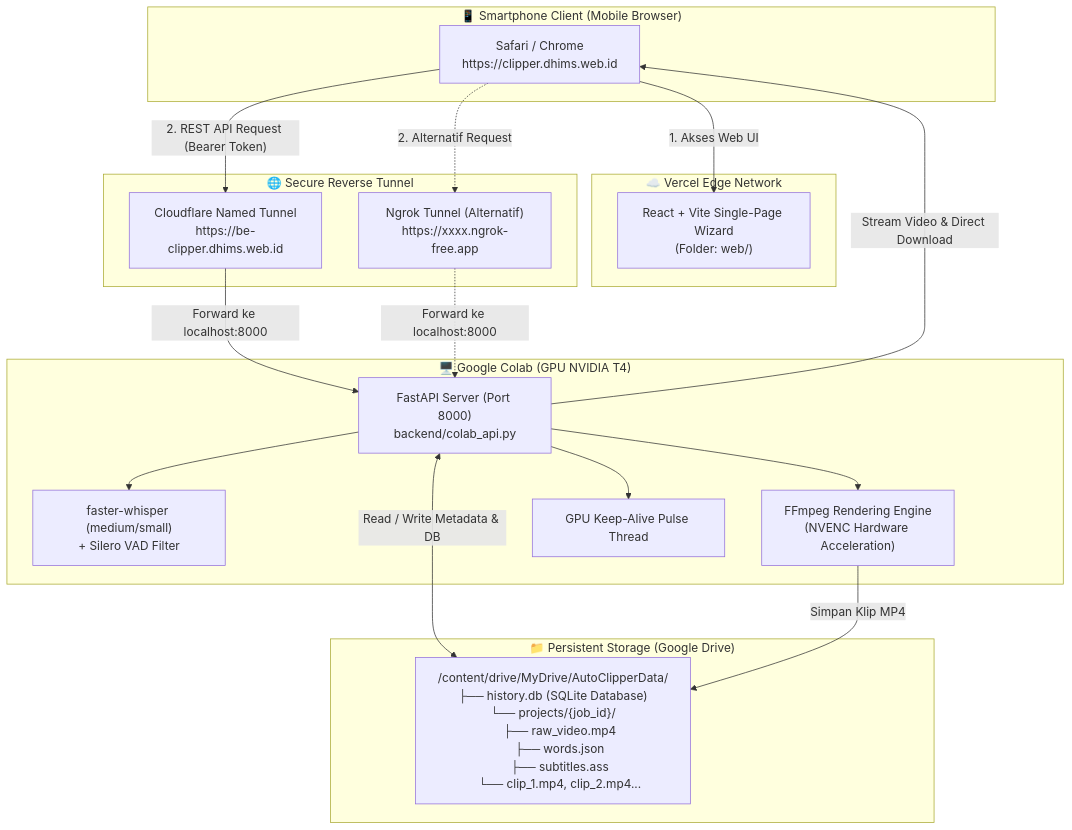
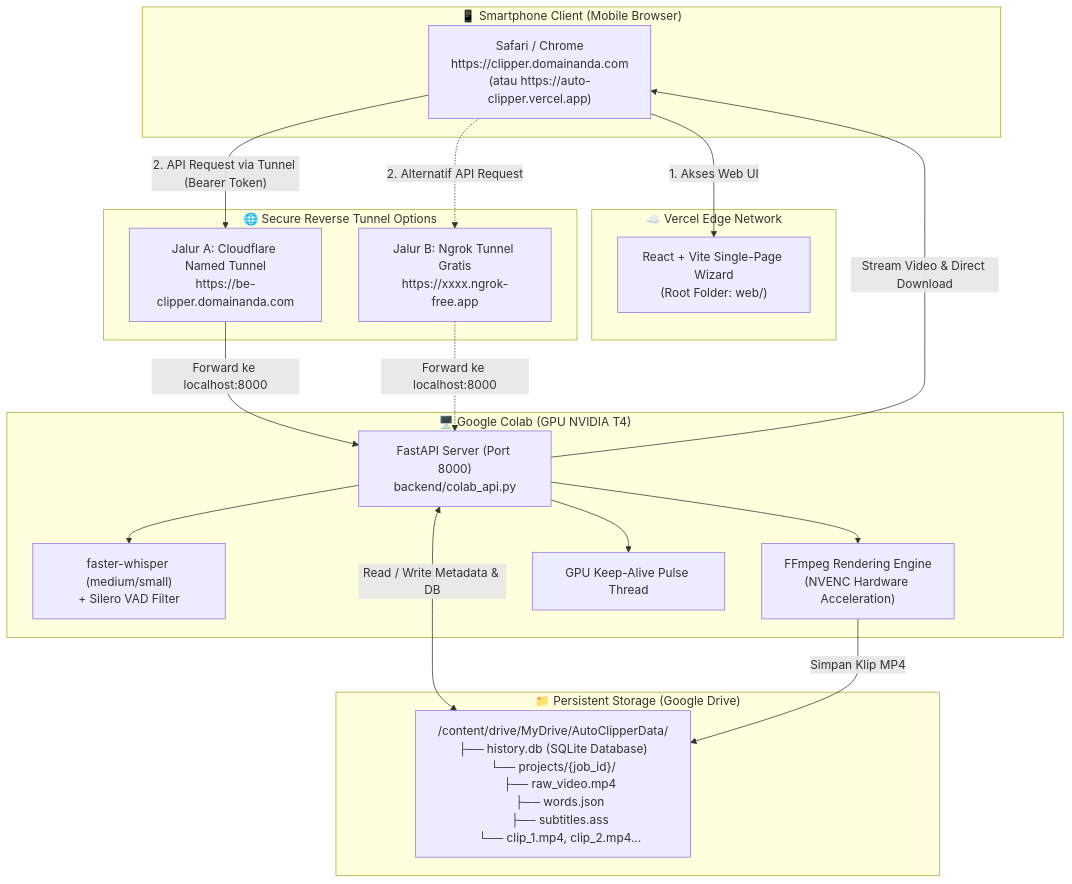
One commit to DhimasPH/auto-clipper changed the first of 2 diagrams in docs/tutorial-auto-clipper-cloud.md. Above: the diagram before and after it, drawn with Mermaid. The commit also changed other lines of this file and 1 other file, not shown here.

Commit message:
docs: revise cloud tutorial to be 100% self-hosted with custom domain or ngrok free options

````diff
--- a/docs/tutorial-auto-clipper-cloud.md
+++ b/docs/tutorial-auto-clipper-cloud.md
@@ -48,38 +55,38 @@
 ```mermaid
 graph TD
     subgraph Client["📱 Smartphone Client (Mobile Browser)"]
-        Browser["Safari / Chrome<br/>https://clipper.dhims.web.id"]
+        BrowserA["Safari / Chrome<br/>https://clipper.domainanda.com<br/>(atau https://auto-clipper.vercel.app)"]
     end
 
     subgraph Hosting["☁️ Vercel Edge Network"]
-        Vercel["React + Vite Single-Page Wizard<br/>(Folder: web/)"]
+        Vercel["React + Vite Single-Page Wizard<br/>(Root Folder: web/)"]
     end
 
-    subgraph Tunneling["🌐 Secure Reverse Tunnel"]
-        CFTunnel["Cloudflare Named Tunnel<br/>https://be-clipper.dhims.web.id"]
-        NgrokTunnel["Ngrok Tunnel (Alternatif)<br/>https://xxxx.ngrok-free.app"]
+    subgraph Tunneling["🌐 Secure Reverse Tunnel Options"]
+        CFTunnel["Jalur A: Cloudflare Named Tunnel<br/>https://be-clipper.domainanda.com"]
+        NgrokTunnel["Jalur B: Ngrok Tunnel Gratis<br/>https://xxxx.ngrok-free.app"]
     end
 
     subgraph Compute["🖥️ Google Colab (GPU NVIDIA T4)"]
         Uvicorn["FastAPI Server (Port 8000)<br/>backend/colab_api.py"]
         Whisper["faster-whisper (medium/small)<br/>+ Silero VAD Filter"]
         FFmpeg["FFmpeg Rendering Engine<br/>(NVENC Hardware Acceleration)"]
         KeepAlive["GPU Keep-Alive Pulse Thread"]
     end
 
     subgraph Persist["📁 Persistent Storage (Google Drive)"]
         GDrive["/content/drive/MyDrive/AutoClipperData/<br/>├── history.db (SQLite Database)<br/>└── projects/{job_id}/<br/>    ├── raw_video.mp4<br/>    ├── words.json<br/>    ├── subtitles.ass<br/>    └── clip_1.mp4, clip_2.mp4..."]
     end
 
-    Browser -->|"1. Akses Web UI"| Vercel
-    Browser -->|"2. REST API Request (Bearer Token)"| CFTunnel
-    Browser -.->|"2. Alternatif Request"| NgrokTunnel
+    BrowserA -->|"1. Akses Web UI"| Vercel
+    BrowserA -->|"2. API Request via Tunnel (Bearer Token)"| CFTunnel
+    BrowserA -.->|"2. Alternatif API Request"| NgrokTunnel
     CFTunnel -->|"Forward ke localhost:8000"| Uvicorn
     NgrokTunnel -.->|"Forward ke localhost:8000"| Uvicorn
     Uvicorn --> Whisper
     Uvicorn --> FFmpeg
     Uvicorn --> KeepAlive
     Uvicorn <-->|"Read / Write Metadata & DB"| GDrive
     FFmpeg -->|"Simpan Klip MP4"| GDrive
-    Uvicorn -->|"Stream Video & Direct Download"| Browser
+    Uvicorn -->|"Stream Video & Direct Download"| BrowserA
 ```
````
